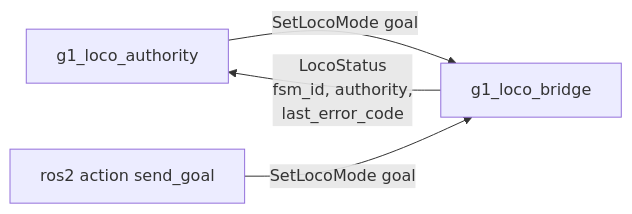
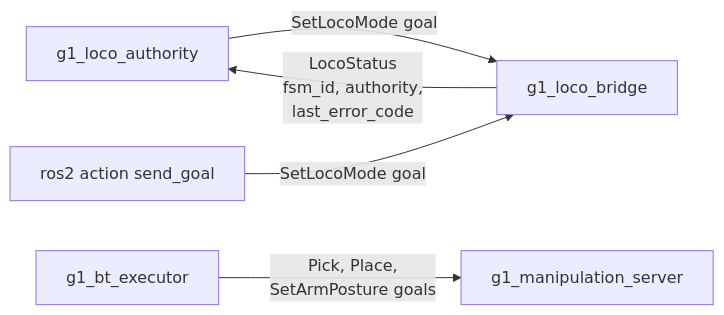
The diagram in workspace/src/g1_msgs/README.md (Adyansh04/grove-g1), drawn with Mermaid before and after one commit. The commit also changed other lines of this file and 5 other files, not shown here.

Commit message:
Add Pick, Place and SetArmPosture actions

````diff
--- a/workspace/src/g1_msgs/README.md
+++ b/workspace/src/g1_msgs/README.md
@@ -7,6 +8,7 @@
 ```mermaid
 flowchart LR
     AU["g1_loco_authority"] -- "SetLocoMode goal" --> BR["g1_loco_bridge"]
     CLI["ros2 action send_goal"] -- "SetLocoMode goal" --> BR
     BR -- "LocoStatus<br/>fsm_id, authority,<br/>last_error_code" --> AU
+    BT["g1_bt_executor"] -- "Pick, Place,<br/>SetArmPosture goals" --> MS["g1_manipulation_server"]
 ```
````
